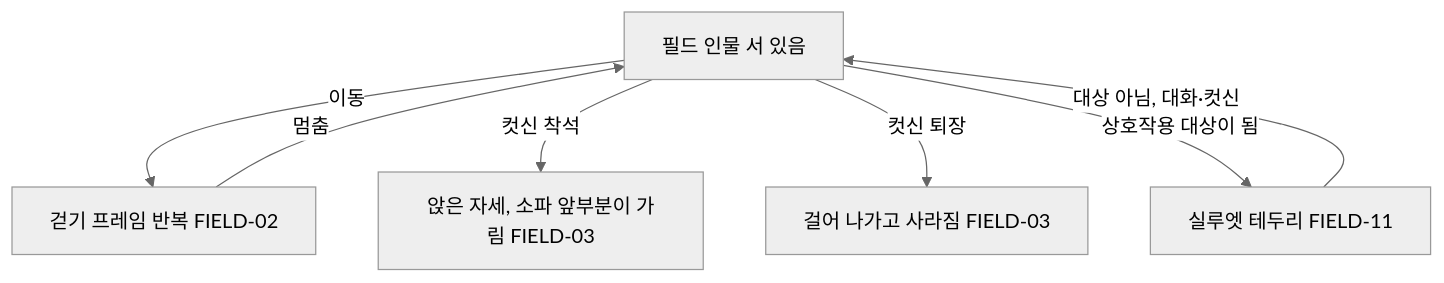
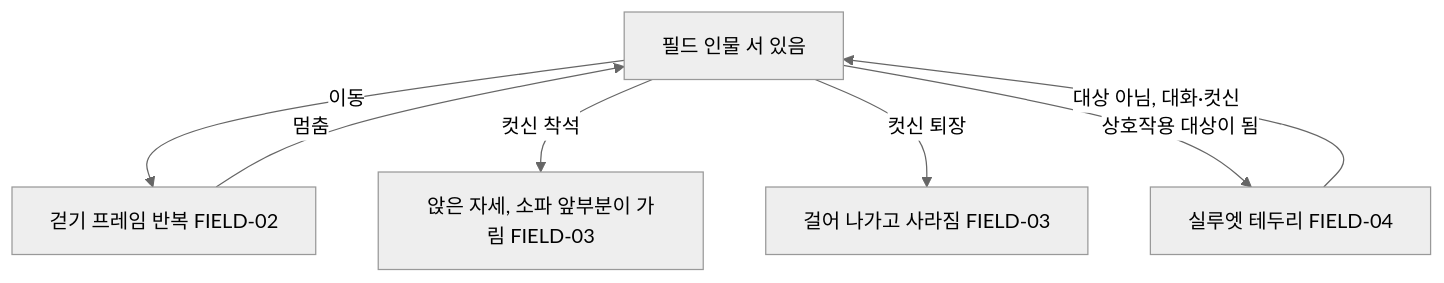
Before and after one commit to xpaklove12-lang/Corner1: the diagram in docs/specs/field.md, drawn with Mermaid (neutral theme). The commit also changed other lines of this file and 9 other files, not shown here.

````diff
--- a/docs/specs/field.md
+++ b/docs/specs/field.md
@@ -9,9 +9,9 @@
 ```mermaid
 flowchart TD
     A[필드 인물 서 있음] -->|이동| B[걷기 프레임 반복 FIELD-02]
     B -->|멈춤| A
     A -->|컷신 착석| C[앉은 자세, 소파 앞부분이 가림 FIELD-03]
     A -->|컷신 퇴장| D[걸어 나가고 사라짐 FIELD-03]
-    A -->|상호작용 대상이 됨| E[실루엣 테두리 FIELD-11]
+    A -->|상호작용 대상이 됨| E[실루엣 테두리 FIELD-04]
     E -->|대상 아님, 대화·컷신| A
 ```
````
